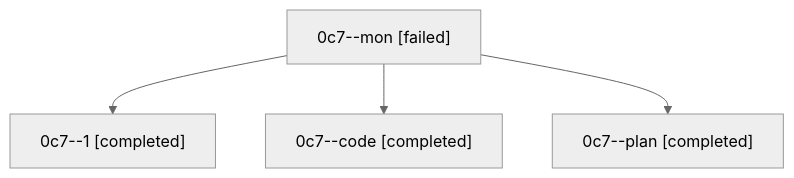
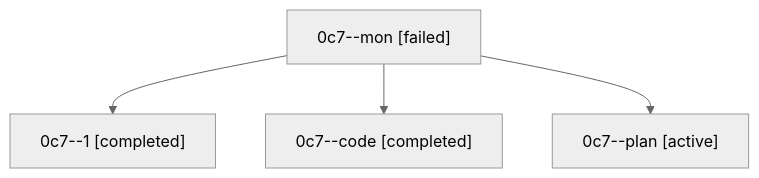
Before and after one commit to sase-org/sase--agents: the diagram in families/bbugyi200.athena.0c7.md, drawn with Mermaid (neutral theme). The commit also changed other lines of this file and 35830 other files, not shown here.

````diff
--- a/families/bbugyi200.athena.0c7.md
+++ b/families/bbugyi200.athena.0c7.md
@@ -9,10 +9,10 @@
 ```mermaid
 flowchart TD
   n0["0c7--mon [failed]"]
   n1["0c7--1 [completed]"]
   n0 --> n1
   n2["0c7--code [completed]"]
   n0 --> n2
-  n3["0c7--plan [completed]"]
+  n3["0c7--plan [active]"]
   n0 --> n3
 ```
````
